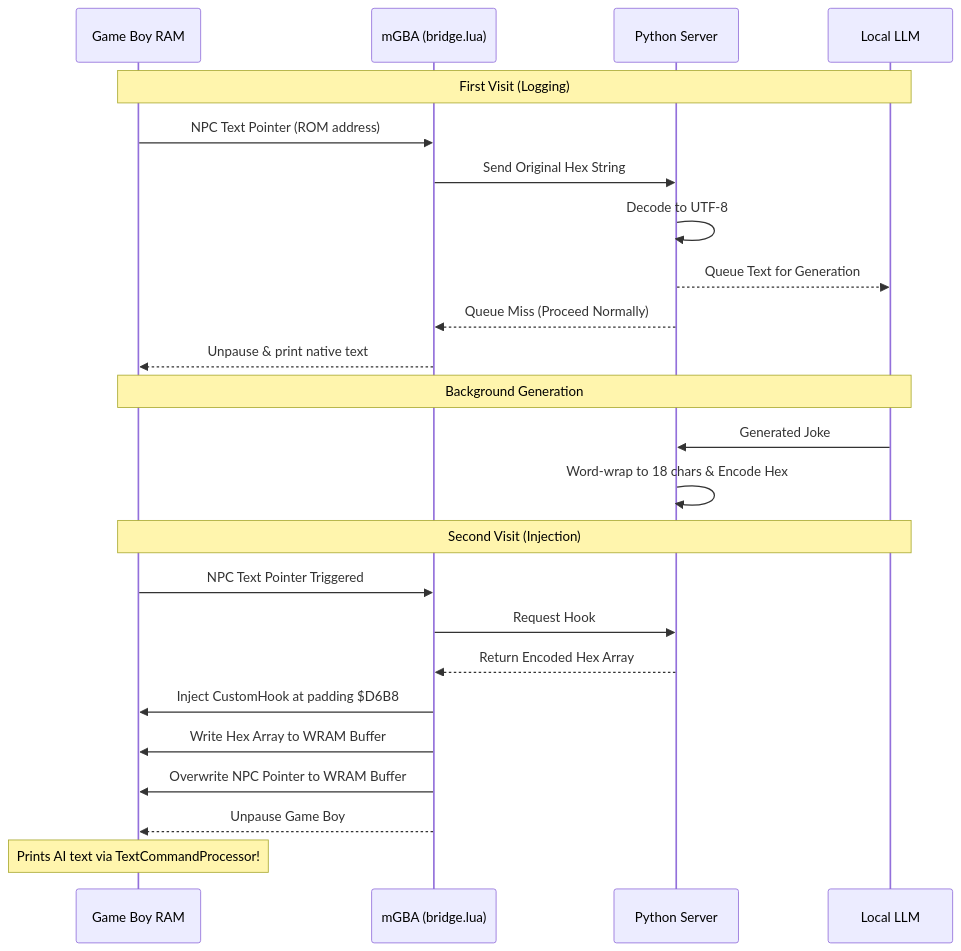
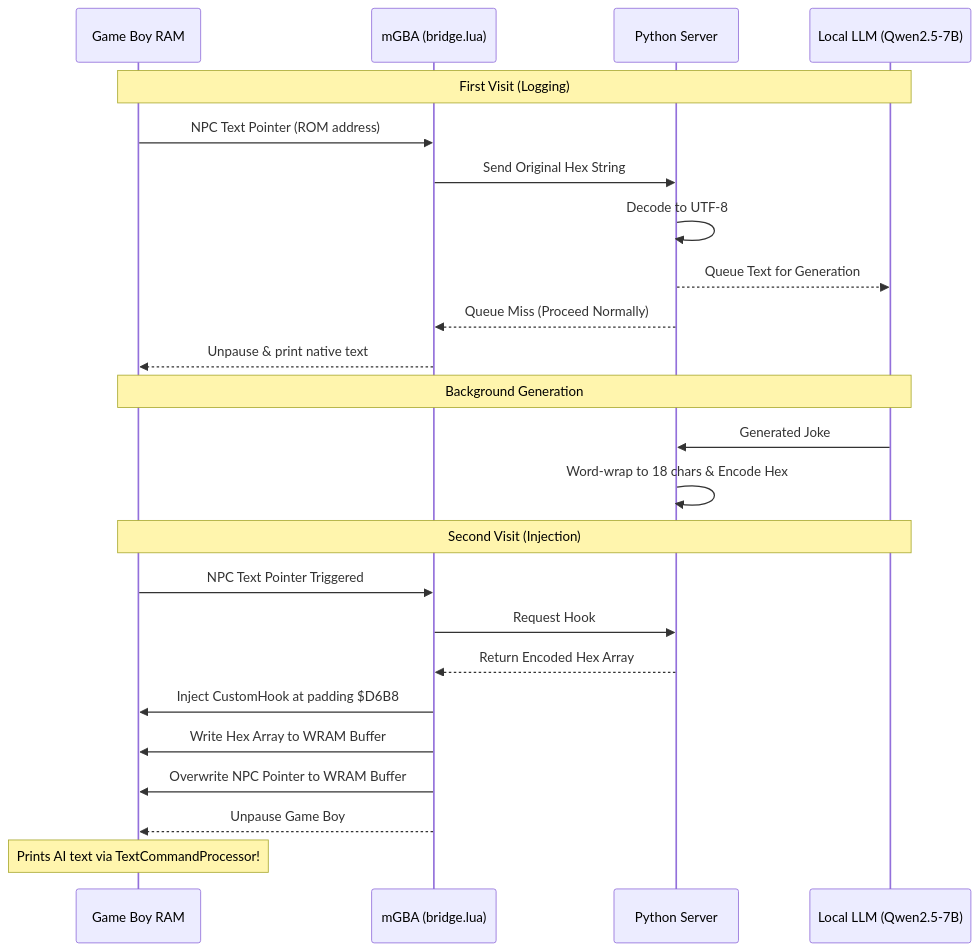
Before and after one commit to Khushalzz/Pok-AI-mon-Red: the first of 2 diagrams in README.md, drawn with Mermaid. The commit also changed other lines of this file, not shown here.

Commit message:
Update README text and fix SmolLM2 to Qwen2.5-7B references

````diff
--- a/README.md
+++ b/README.md
@@ -26,29 +28,29 @@
 ```mermaid
 sequenceDiagram
     participant GB as Game Boy RAM
     participant LUA as mGBA (bridge.lua)
     participant PY as Python Server
-    participant AI as Local LLM
+    participant AI as Local LLM (Qwen2.5-7B)
     
     Note over GB,AI: First Visit (Logging)
     GB->>LUA: NPC Text Pointer (ROM address)
     LUA->>PY: Send Original Hex String
     PY->>PY: Decode to UTF-8
     PY-->>AI: Queue Text for Generation
     PY-->>LUA: Queue Miss (Proceed Normally)
     LUA-->>GB: Unpause & print native text
     
     Note over GB,AI: Background Generation
     AI->>PY: Generated Joke
     PY->>PY: Word-wrap to 18 chars & Encode Hex
     
     Note over GB,AI: Second Visit (Injection)
     GB->>LUA: NPC Text Pointer Triggered
     LUA->>PY: Request Hook
     PY-->>LUA: Return Encoded Hex Array
     LUA->>GB: Inject CustomHook at padding $D6B8
     LUA->>GB: Write Hex Array to WRAM Buffer
     LUA->>GB: Overwrite NPC Pointer to WRAM Buffer
     LUA-->>GB: Unpause Game Boy
     Note over GB: Prints AI text via TextCommandProcessor!
 ```
````
